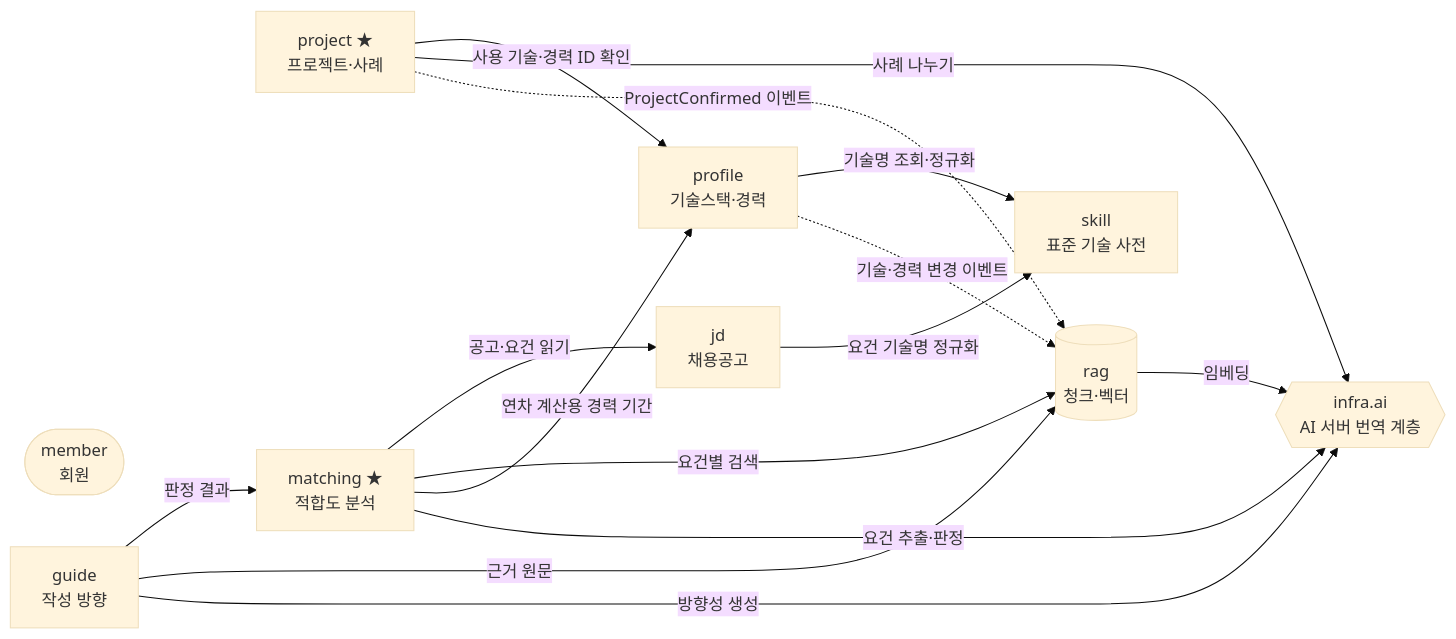
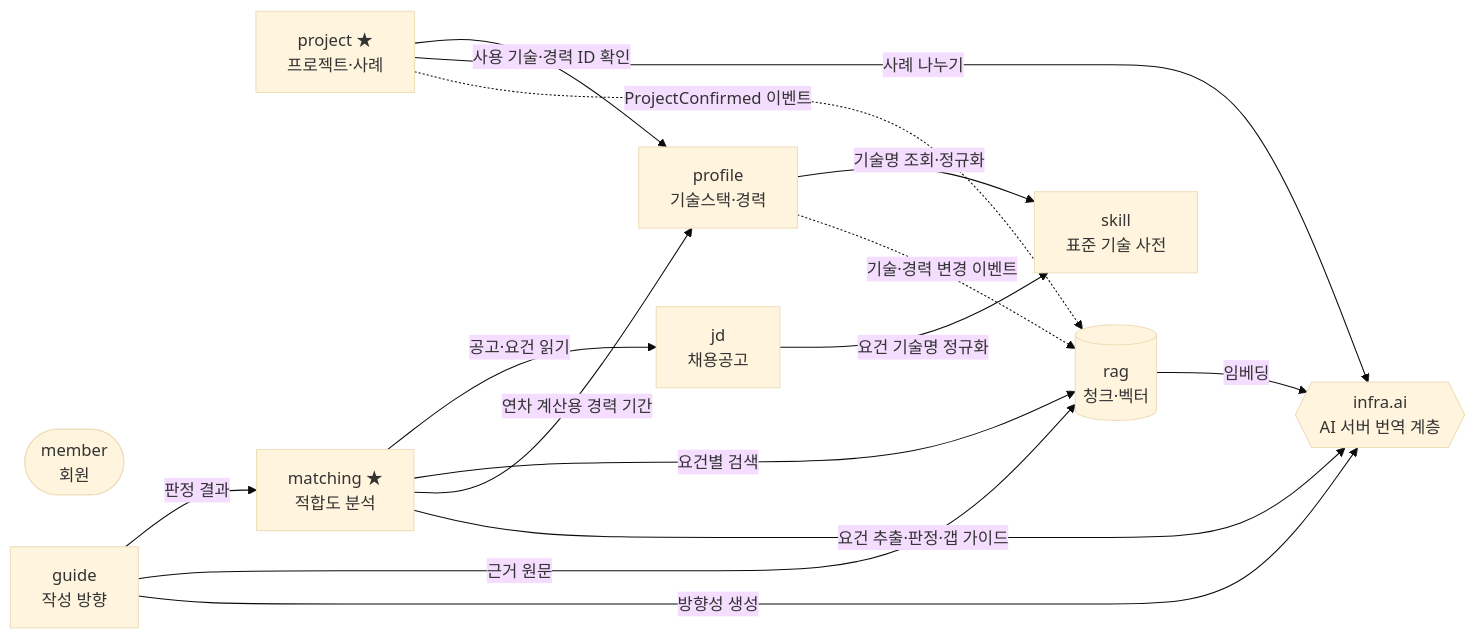
Before and after one commit to nerd-nam/BE-nerdnam: the first of 2 diagrams in docs/01-개발-방향.md, drawn with Mermaid (base theme). The commit also changed other lines of this file and 5 other files, not shown here.

````diff
--- a/docs/01-개발-방향.md
+++ b/docs/01-개발-방향.md
@@ -51,27 +52,27 @@
 ```mermaid
 flowchart LR
     member(["member<br/>회원"])
     skill["skill<br/>표준 기술 사전"]
     profile["profile<br/>기술스택·경력"]
     project["project ★<br/>프로젝트·사례"]
     jd["jd<br/>채용공고"]
     matching["matching ★<br/>적합도 분석"]
     guide["guide<br/>작성 방향"]
     rag[("rag<br/>청크·벡터")]
     ai{{"infra.ai<br/>AI 서버 번역 계층"}}
 
     profile -- 기술명 조회·정규화 --> skill
     jd -- 요건 기술명 정규화 --> skill
     project -- 사용 기술·경력 ID 확인 --> profile
     project -- 사례 나누기 --> ai
     project -. ProjectConfirmed 이벤트 .-> rag
     profile -. 기술·경력 변경 이벤트 .-> rag
     matching -- 공고·요건 읽기 --> jd
     matching -- 요건별 검색 --> rag
     matching -- 연차 계산용 경력 기간 --> profile
-    matching -- 요건 추출·판정 --> ai
+    matching -- 요건 추출·판정·갭 가이드 --> ai
     guide -- 판정 결과 --> matching
     guide -- 근거 원문 --> rag
     guide -- 방향성 생성 --> ai
     rag -- 임베딩 --> ai
 ```
````
